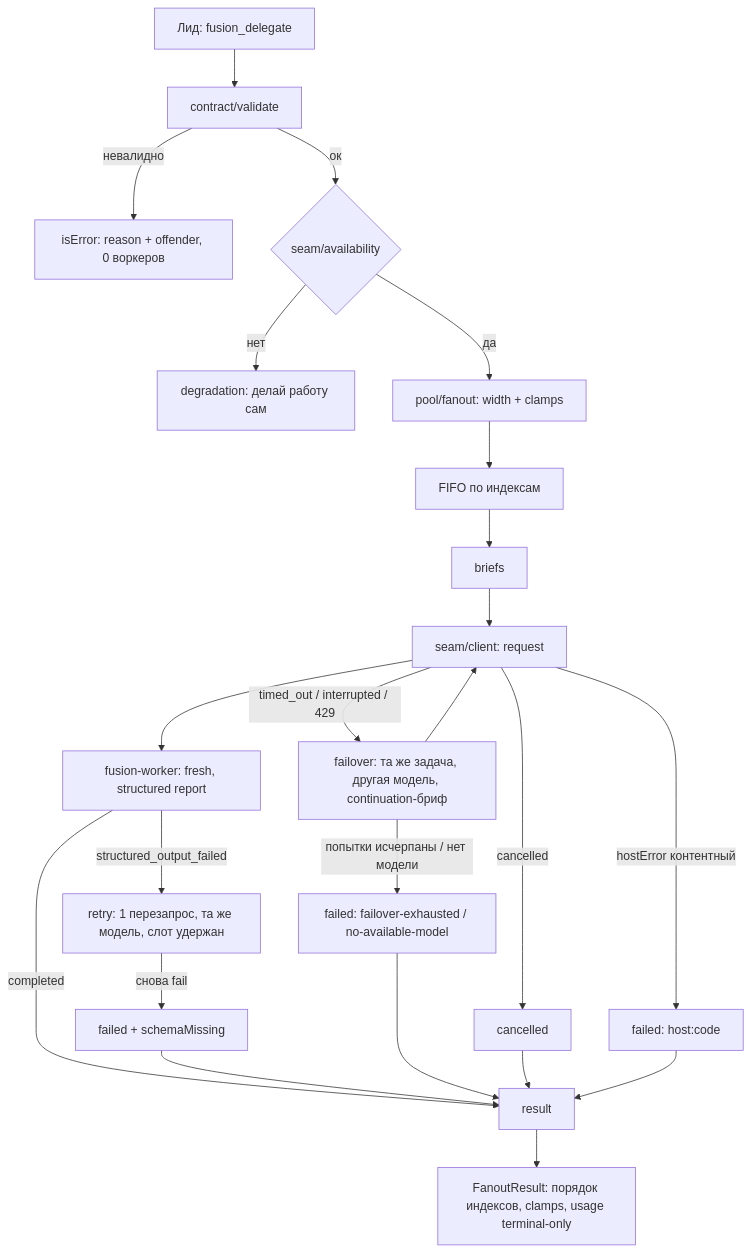
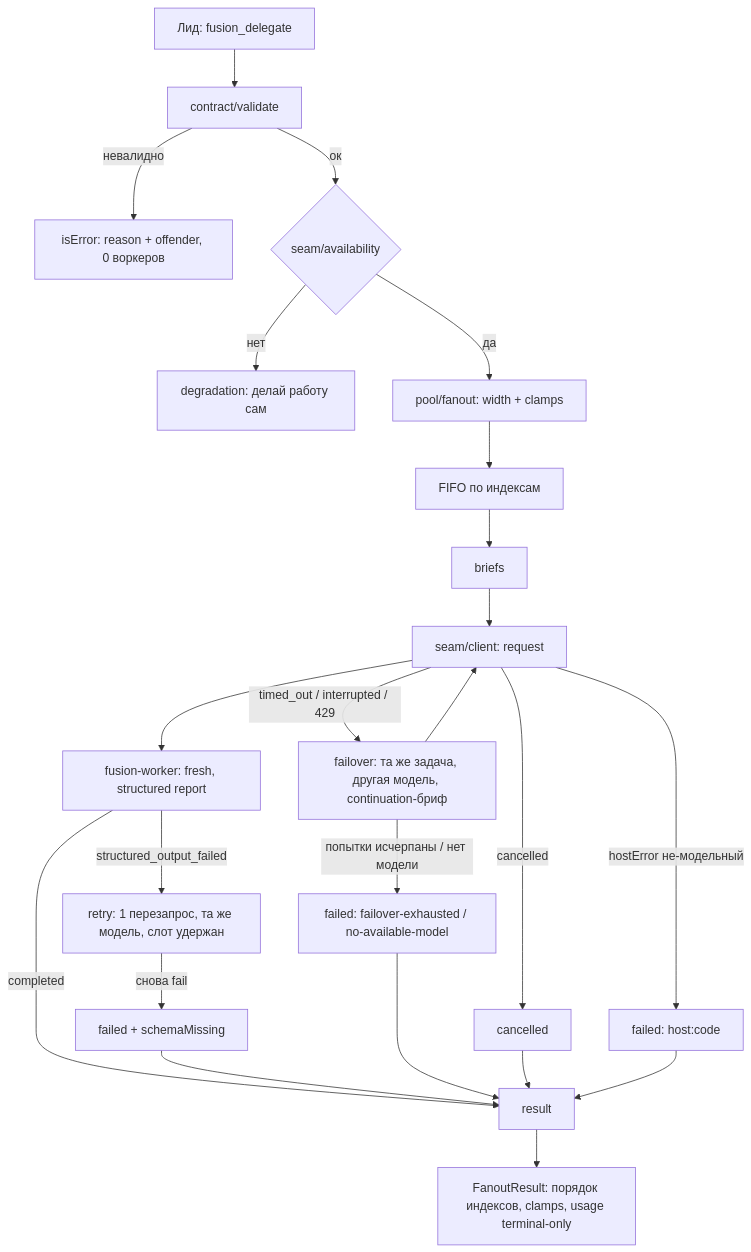
The diagram in .ai/sdd/specs/001-fanout-engine/design.md (fan92rus/pi-fusion), drawn with Mermaid before and after one commit. The commit also changed other lines of this file and 1 other file, not shown here.

````diff
--- a/.ai/sdd/specs/001-fanout-engine/design.md
+++ b/.ai/sdd/specs/001-fanout-engine/design.md
@@ -63,25 +63,25 @@
 ```mermaid
 flowchart TD
     L[Лид: fusion_delegate] --> V[contract/validate]
     V -- невалидно --> E[isError: reason + offender, 0 воркеров]
     V -- ок --> A{seam/availability}
     A -- нет --> D[degradation: делай работу сам]
     A -- да --> P[pool/fanout: width + clamps]
     P --> Q[FIFO по индексам]
     Q --> B[briefs]
     B --> C[seam/client: request]
     C --> W[fusion-worker: fresh, structured report]
     W -- structured_output_failed --> R[retry: 1 перезапрос, та же модель, слот удержан]
     R -- снова fail --> F1[failed + schemaMissing]
     W -- completed --> S[result]
     C -- timed_out / interrupted / 429 --> FO[failover: та же задача, другая модель, continuation-бриф]
     FO -- попытки исчерпаны / нет модели --> F2[failed: failover-exhausted / no-available-model]
     FO --> C
     C -- cancelled --> F3[cancelled]
-    C -- hostError контентный --> F4[failed: host:code]
+    C -- hostError не-модельный --> F4[failed: host:code]
     F1 --> S
     F2 --> S
     F3 --> S
     F4 --> S
     S --> O[FanoutResult: порядок индексов, clamps, usage terminal-only]
 ```
````
